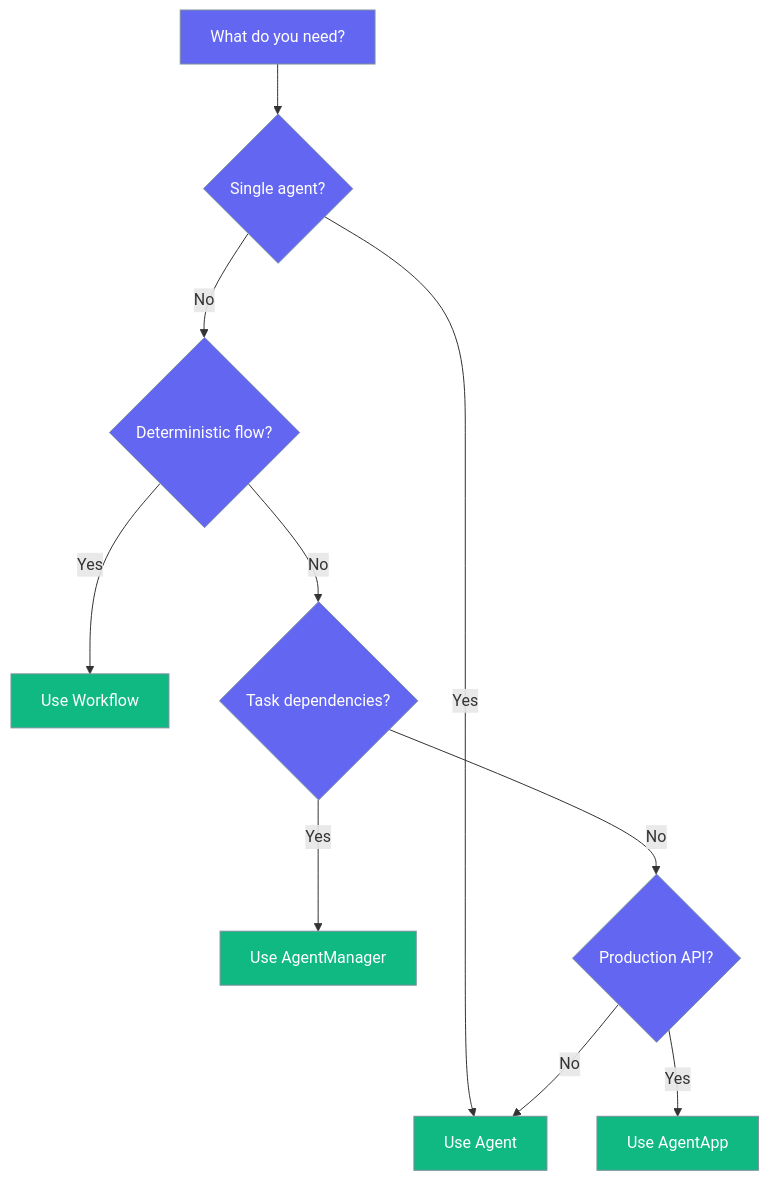
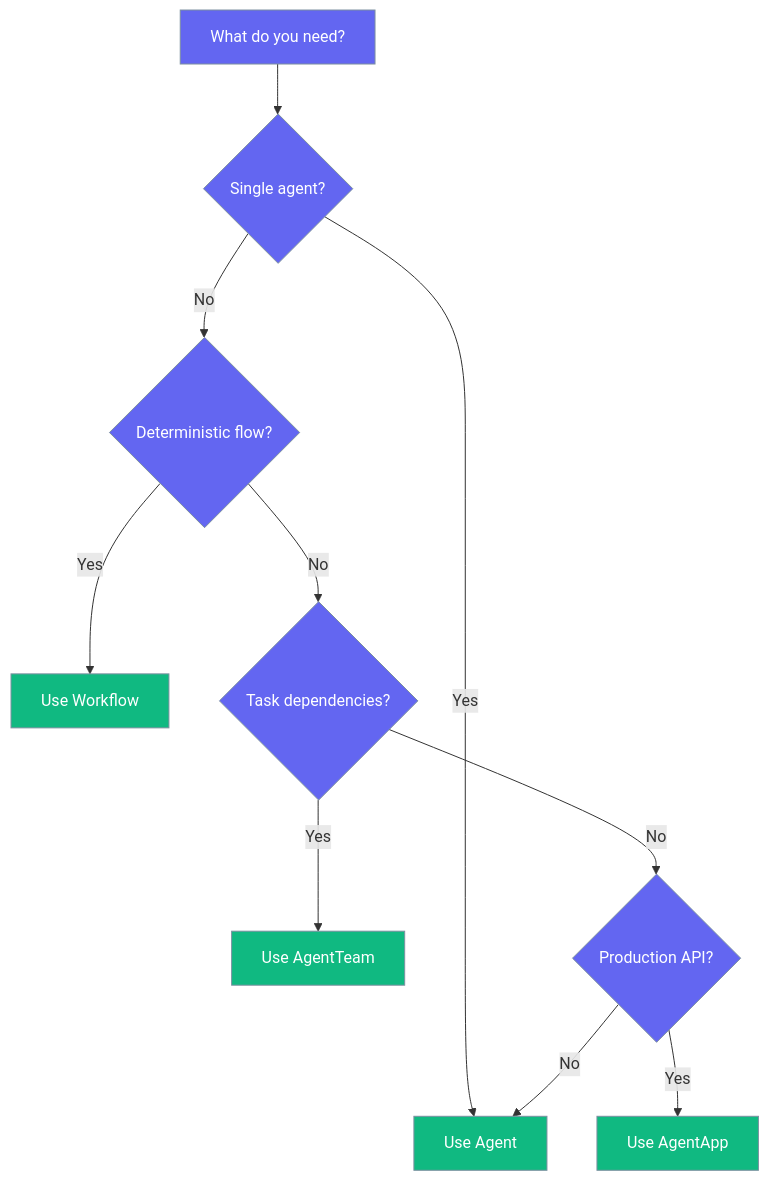
The second of 2 diagrams in docs/concepts/core-components.mdx (MervinPraison/PraisonAIDocs), drawn with Mermaid before and after one commit. The commit also changed other lines of this file and 270 other files, not shown here.

````diff
--- a/docs/concepts/core-components.mdx
+++ b/docs/concepts/core-components.mdx
@@ -187,18 +187,18 @@
 ```mermaid
 graph TD
     Start[What do you need?] --> Q1{Single agent?}
     Q1 -->|Yes| Agent[Use Agent]
     Q1 -->|No| Q2{Deterministic flow?}
     Q2 -->|Yes| Workflow[Use Workflow]
     Q2 -->|No| Q3{Task dependencies?}
-    Q3 -->|Yes| AgentManager[Use AgentManager]
+    Q3 -->|Yes| AgentTeam[Use AgentTeam]
     Q3 -->|No| Q4{Production API?}
     Q4 -->|Yes| AgentApp[Use AgentApp]
     Q4 -->|No| Agent
     
     classDef question fill:#6366F1,stroke:#7C90A0,color:#fff
     classDef answer fill:#10B981,stroke:#7C90A0,color:#fff
     
     class Start,Q1,Q2,Q3,Q4 question
-    class Agent,Workflow,AgentManager,AgentApp answer
+    class Agent,Workflow,AgentTeam,AgentApp answer
 ```
````
